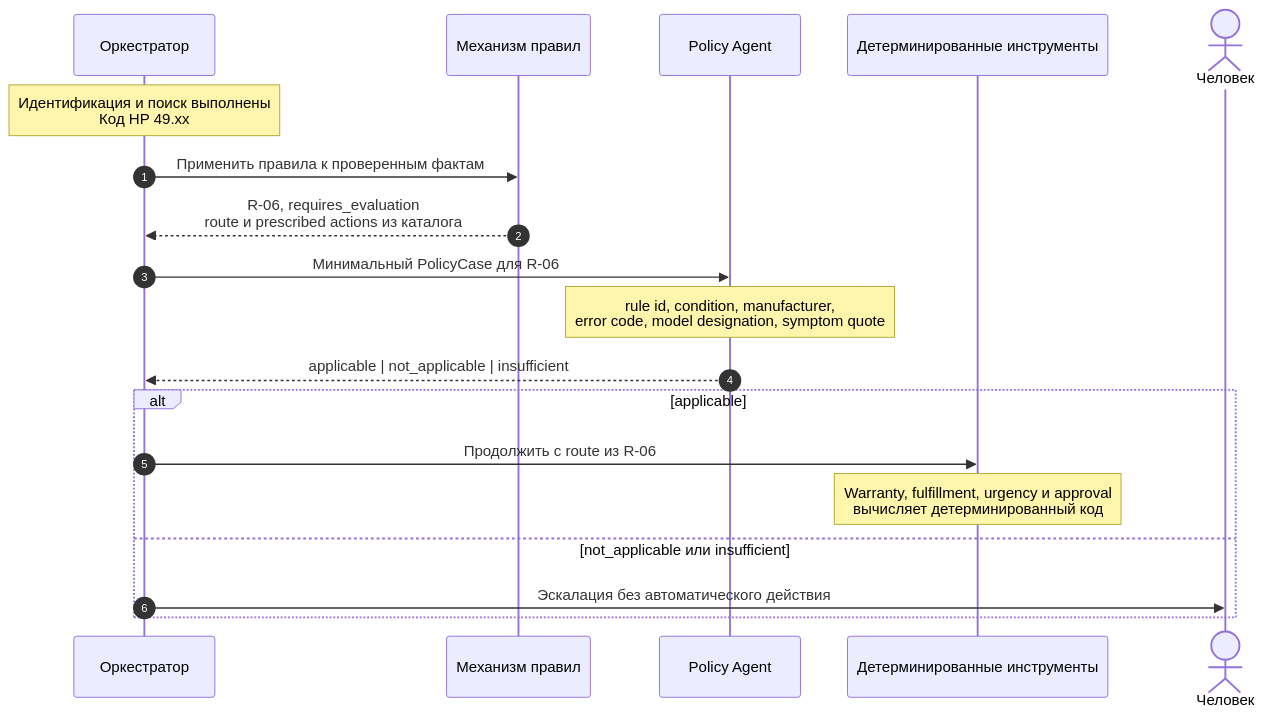
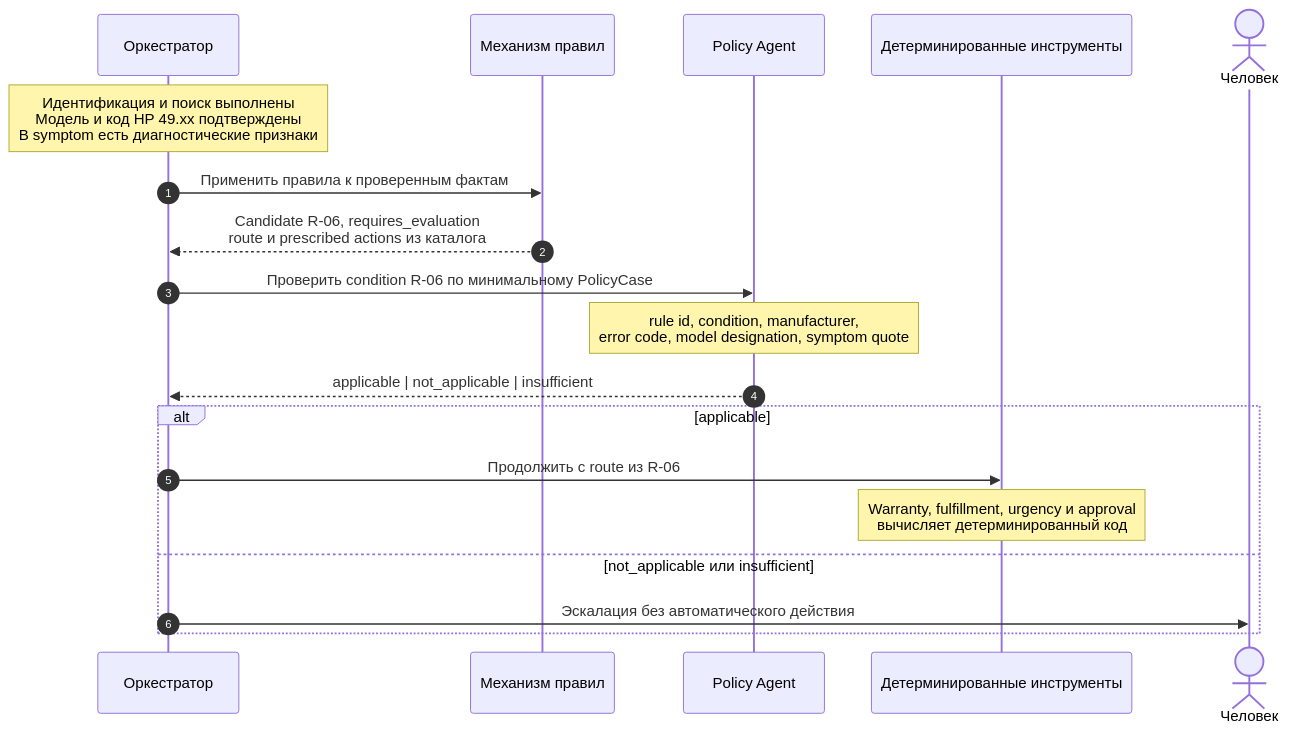
The second of 5 diagrams in docs/architecture/sequence-and-states.md (sergeiferenets/ai-service-resolution-platform-defense), drawn with Mermaid before and after one commit. The commit also changed other lines of this file and 11 other files, not shown here.

Commit message:
fix: make R-06 policy evaluation semantic

````diff
--- a/docs/architecture/sequence-and-states.md
+++ b/docs/architecture/sequence-and-states.md
@@ -88,23 +89,23 @@
 ```mermaid
 sequenceDiagram
     autonumber
     participant ORC as Оркестратор
     participant RE as Механизм правил
     participant PA as Policy Agent
     participant TL as Детерминированные инструменты
     actor D as Человек
 
-    Note over ORC: Идентификация и поиск выполнены<br/>Код HP 49.xx
+    Note over ORC: Идентификация и поиск выполнены<br/>Модель и код HP 49.xx подтверждены<br/>В symptom есть диагностические признаки
     ORC->>RE: Применить правила к проверенным фактам
-    RE-->>ORC: R-06, requires_evaluation<br/>route и prescribed actions из каталога
-    ORC->>PA: Минимальный PolicyCase для R-06
+    RE-->>ORC: Candidate R-06, requires_evaluation<br/>route и prescribed actions из каталога
+    ORC->>PA: Проверить condition R-06 по минимальному PolicyCase
     Note over PA: rule id, condition, manufacturer,<br/>error code, model designation, symptom quote
     PA-->>ORC: applicable | not_applicable | insufficient
 
     alt applicable
         ORC->>TL: Продолжить с route из R-06
         Note over TL: Warranty, fulfillment, urgency и approval<br/>вычисляет детерминированный код
     else not_applicable или insufficient
         ORC->>D: Эскалация без автоматического действия
     end
 ```
````
